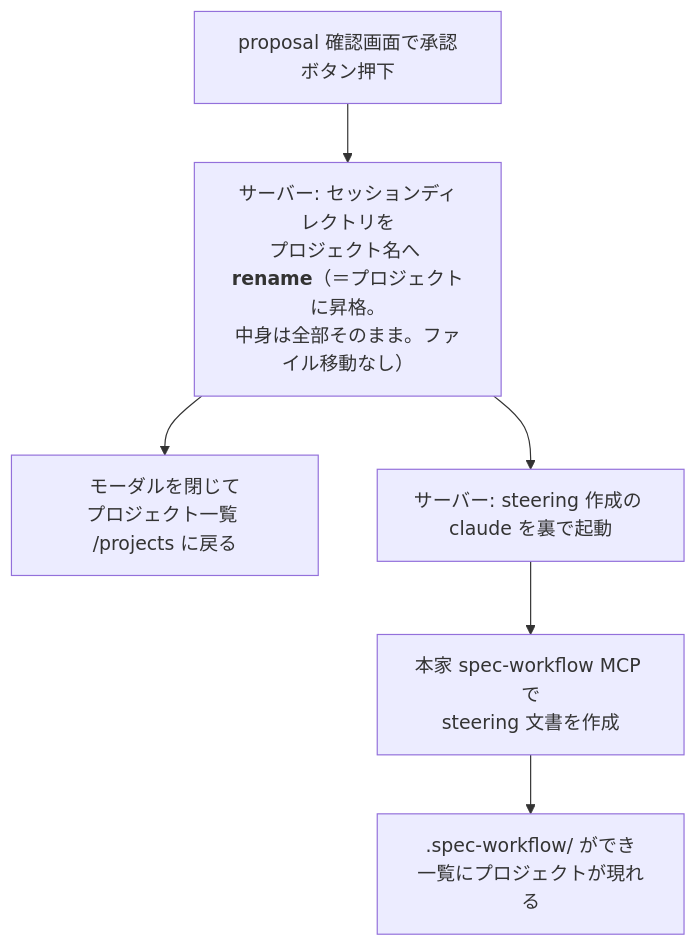
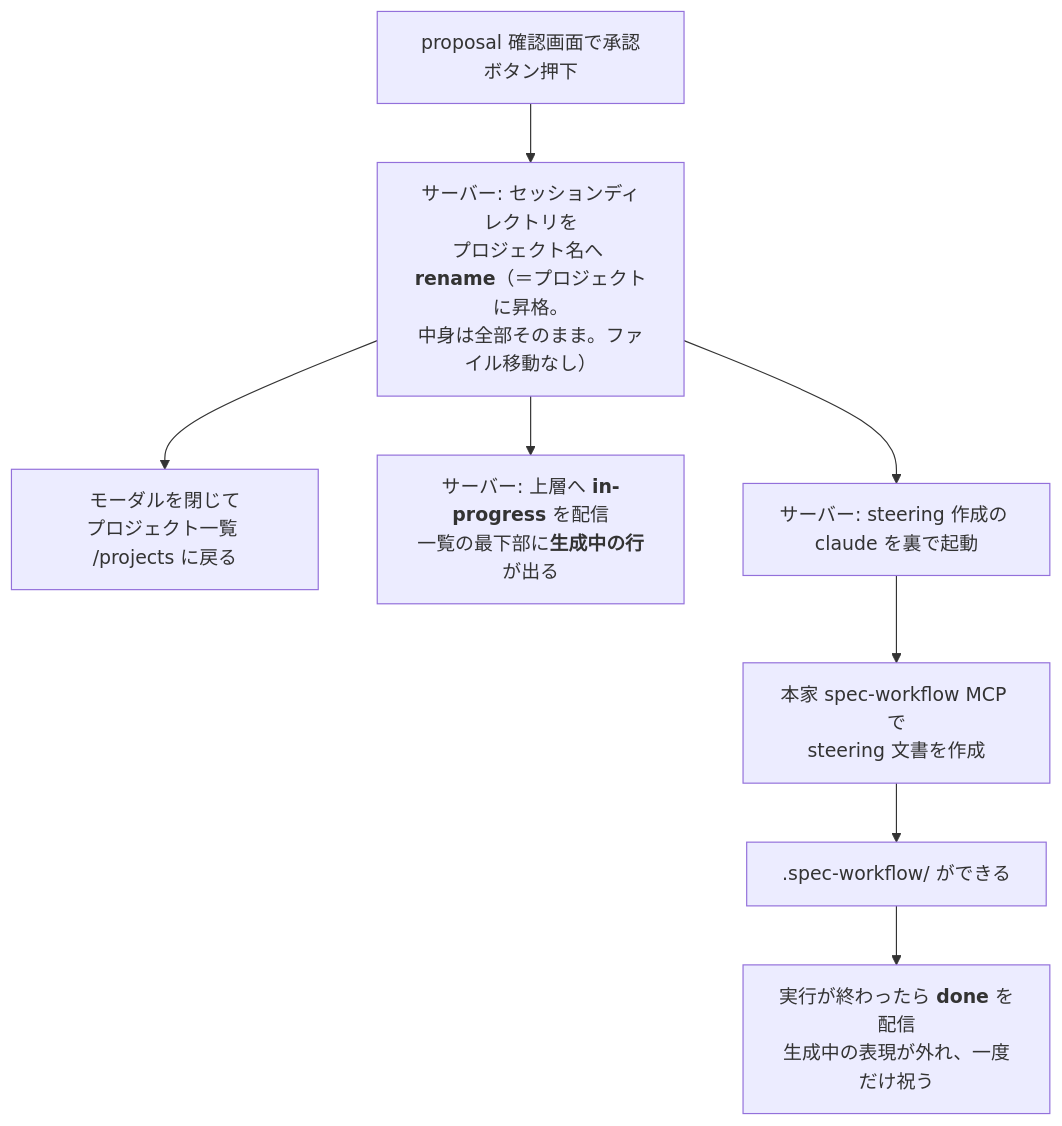
Before and after one commit to grrowapp/stroke: the first of 4 diagrams in docs/specs/plan/portal-stroke-exit.md, drawn with Mermaid. The commit also changed other lines of this file and 50 other files, not shown here.

````diff
--- a/docs/specs/plan/portal-stroke-exit.md
+++ b/docs/specs/plan/portal-stroke-exit.md
@@ -11,8 +11,10 @@
 ```mermaid
 flowchart TB
   approve["proposal 確認画面で承認ボタン押下"] --> ren["サーバー: セッションディレクトリを<br>プロジェクト名へ <b>rename</b>（＝プロジェクトに昇格。<br>中身は全部そのまま。ファイル移動なし）"]
   ren --> back["モーダルを閉じて<br>プロジェクト一覧 /projects に戻る"]
+  ren --> show["サーバー: 上層へ <b>in-progress</b> を配信<br>一覧の最下部に<b>生成中の行</b>が出る"]
   ren --> launch["サーバー: steering 作成の claude を裏で起動"]
   launch --> steering["本家 spec-workflow MCP で<br>steering 文書を作成"]
-  steering --> appear[".spec-workflow/ ができ<br>一覧にプロジェクトが現れる"]
+  steering --> appear[".spec-workflow/ ができる"]
+  appear --> done["実行が終わったら <b>done</b> を配信<br>生成中の表現が外れ、一度だけ祝う"]
 ```
````
